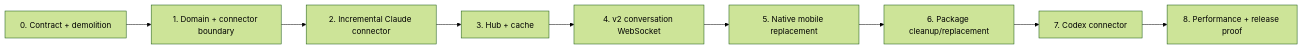
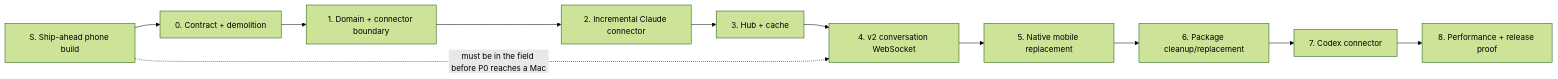
The first of 2 diagrams in planning/CONVERSATION_IMPLEMENTATION_PLAN.md (jchaselubitz/Latch), drawn with Mermaid (forest theme) before and after one commit. The commit also changed other lines of this file and 9 other files, not shown here.

````diff
--- a/planning/CONVERSATION_IMPLEMENTATION_PLAN.md
+++ b/planning/CONVERSATION_IMPLEMENTATION_PLAN.md
@@ -90,14 +106,16 @@
 ```mermaid
 flowchart LR
+    PS["S. Ship-ahead phone build"]
     P0["0. Contract + demolition"]
     P1["1. Domain + connector boundary"]
     P2["2. Incremental Claude connector"]
     P3["3. Hub + cache"]
     P4["4. v2 conversation WebSocket"]
     P5["5. Native mobile replacement"]
     P6["6. Package cleanup/replacement"]
     P7["7. Codex connector"]
     P8["8. Performance + release proof"]
 
-    P0 --> P1 --> P2 --> P3 --> P4 --> P5 --> P6 --> P7 --> P8
+    PS --> P0 --> P1 --> P2 --> P3 --> P4 --> P5 --> P6 --> P7 --> P8
+    PS -. "must be in the field before P0 reaches a Mac" .-> P4
 ```
````
